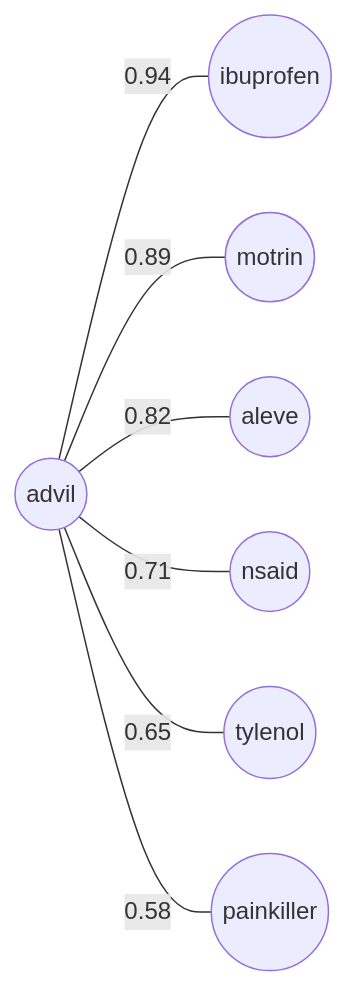
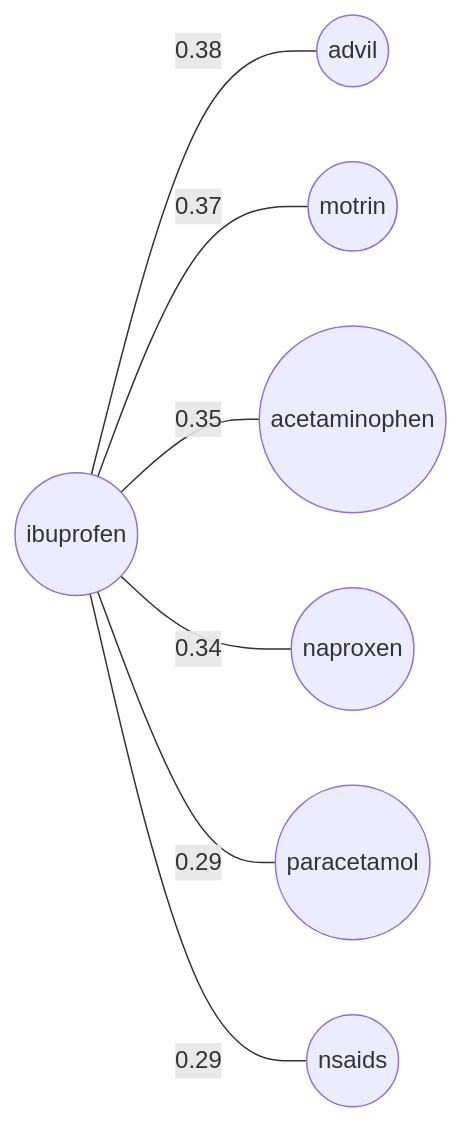
The first of 2 diagrams in README.md (ajayp/semantic-knowledge-graph), drawn with Mermaid before and after one commit. The commit also changed other lines of this file, not shown here.

````diff
--- a/README.md
+++ b/README.md
@@ -39,9 +41,9 @@
 ```mermaid
 graph LR
-    advil(("advil")) --- |0.94| ibuprofen(("ibuprofen"))
-    advil --- |0.89| motrin(("motrin"))
-    advil --- |0.82| aleve(("aleve"))
-    advil --- |0.71| nsaid(("nsaid"))
-    advil --- |0.65| tylenol(("tylenol"))
-    advil --- |0.58| painkiller(("painkiller"))
+    ibuprofen(("ibuprofen")) --- |0.38| advil(("advil"))
+    ibuprofen --- |0.37| motrin(("motrin"))
+    ibuprofen --- |0.35| acetaminophen(("acetaminophen"))
+    ibuprofen --- |0.34| naproxen(("naproxen"))
+    ibuprofen --- |0.29| paracetamol(("paracetamol"))
+    ibuprofen --- |0.29| nsaids(("nsaids"))
 ```
````
